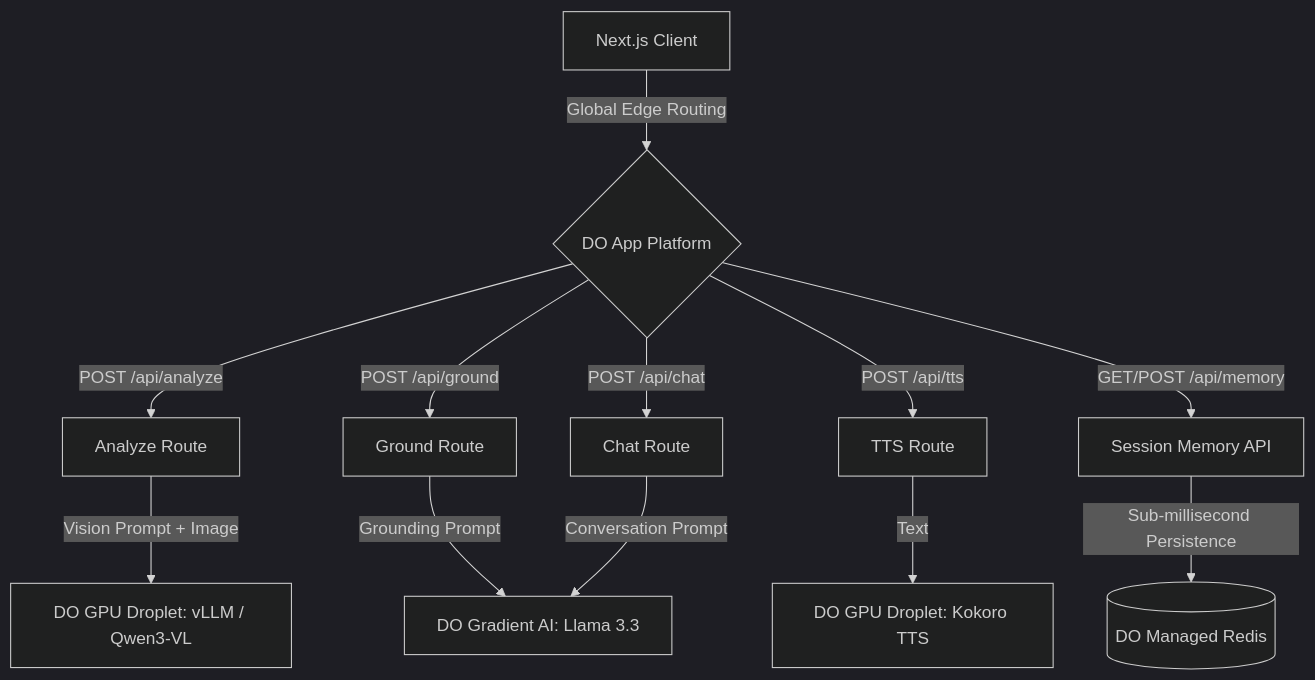
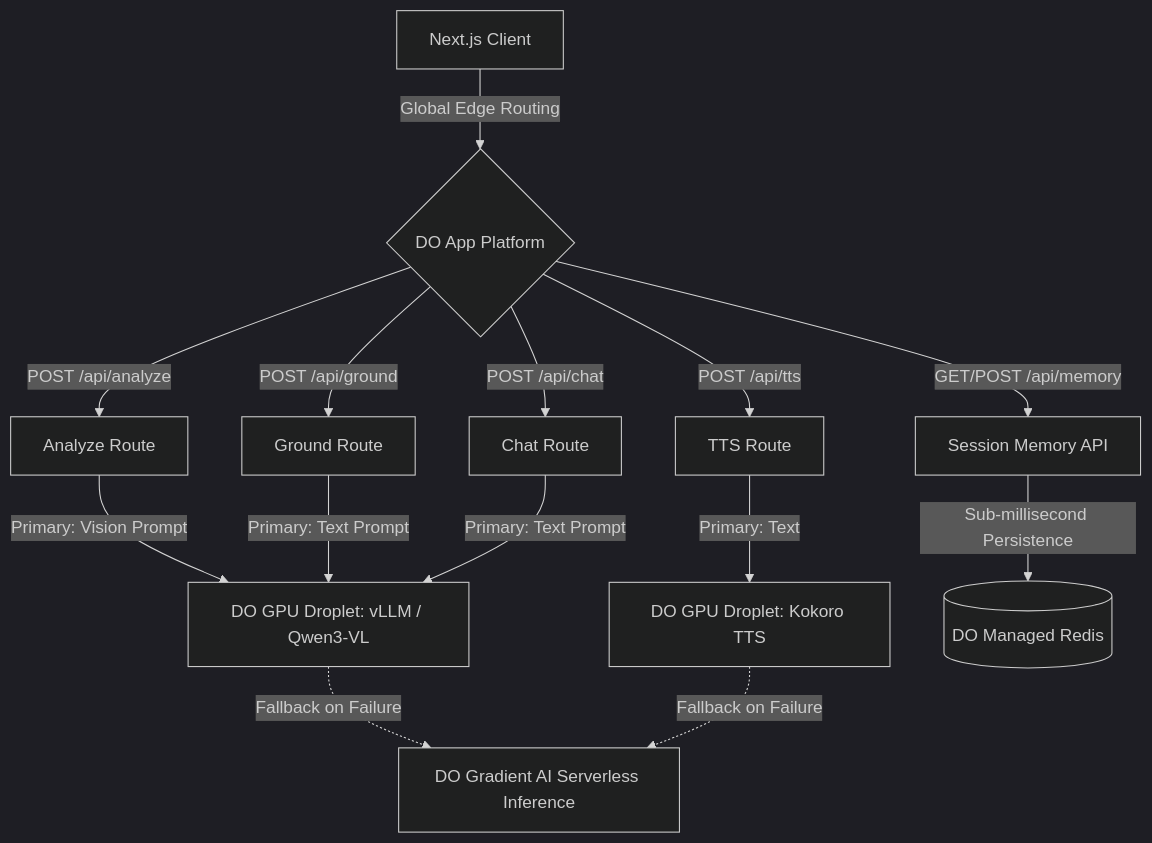
The diagram in README.md (lassestilvang/gradient-lens), drawn with Mermaid (dark theme) before and after one commit. The commit also changed other lines of this file, not shown here.

Commit message:
docs: Update architecture diagram and descriptions to clarify GPU Droplets as the primary inference engine and Gradient AI as the fallback layer.

````diff
--- a/README.md
+++ b/README.md
@@ -27,16 +27,19 @@
 ```mermaid
 graph TD
     Client[Next.js Client] -->|Global Edge Routing| AppPlatform{DO App Platform}
     AppPlatform -->|POST /api/analyze| AnalyzeAPI[Analyze Route]
     AppPlatform -->|POST /api/ground| GroundAPI[Ground Route]
     AppPlatform -->|POST /api/chat| ChatAPI[Chat Route]
     AppPlatform -->|POST /api/tts| TTSAPI[TTS Route]
     
-    AnalyzeAPI -->|Vision Prompt + Image| VisionGPU[DO GPU Droplet: vLLM / Qwen3-VL]
-    GroundAPI -->|Grounding Prompt| Gradient[DO Gradient AI: Llama 3.3]
-    ChatAPI -->|Conversation Prompt| Gradient
-    TTSAPI -->|Text| TTSGPU[DO GPU Droplet: Kokoro TTS]
+    AnalyzeAPI -->|Primary: Vision Prompt| VisionGPU[DO GPU Droplet: vLLM / Qwen3-VL]
+    GroundAPI -->|Primary: Text Prompt| VisionGPU
+    ChatAPI -->|Primary: Text Prompt| VisionGPU
+    TTSAPI -->|Primary: Text| TTSGPU[DO GPU Droplet: Kokoro TTS]
+
+    VisionGPU -.->|Fallback on Failure| Gradient[DO Gradient AI Serverless Inference]
+    TTSGPU -.->|Fallback on Failure| Gradient
     
     AppPlatform -->|GET/POST /api/memory| MemoryAPI[Session Memory API]
     MemoryAPI -->|Sub-millisecond Persistence| Redis[(DO Managed Redis)]
 ```
````
